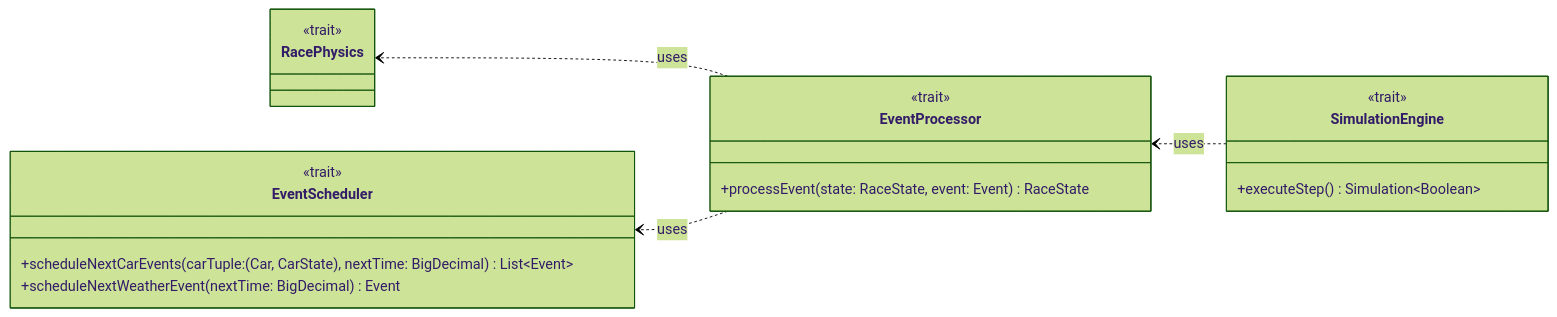
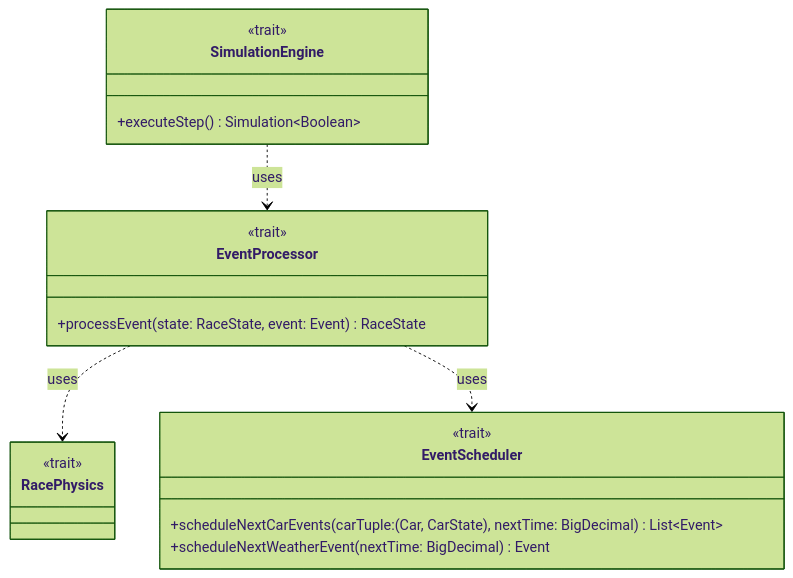
One commit to ItsTiz/PPS-24-sgp changed the diagram in docs/report/4_detailed_design/model/vuksan/eventpr_eventsch.md. Above: the diagram before and after it, drawn with Mermaid (forest theme). The commit also changed other lines of this file and 3 other files, not shown here.

Commit message:
docs: fix to some paragraphs and diagrams

````diff
--- a/docs/report/4_detailed_design/model/vuksan/eventpr_eventsch.md
+++ b/docs/report/4_detailed_design/model/vuksan/eventpr_eventsch.md
@@ -9,31 +9,31 @@
 ```mermaid
 classDiagram
-    direction RL
+    direction TB
 
     class SimulationEngine {
         <<trait>>
         +executeStep() Simulation~Boolean~
     }
 
     class EventProcessor {
         <<trait>>
         +processEvent(state: RaceState, event: Event) RaceState
     }
 
     class EventScheduler {
         <<trait>>
         +scheduleNextCarEvents(carTuple: (Car, CarState), nextTime: BigDecimal) List~Event~
         +scheduleNextWeatherEvent(nextTime: BigDecimal) Event
     }
 
 
     class RacePhysics {
         <<trait>>
     }
 
     EventProcessor ..> RacePhysics: uses
     EventProcessor ..> EventScheduler: uses
     SimulationEngine ..> EventProcessor: uses
 
 
 ```
````
